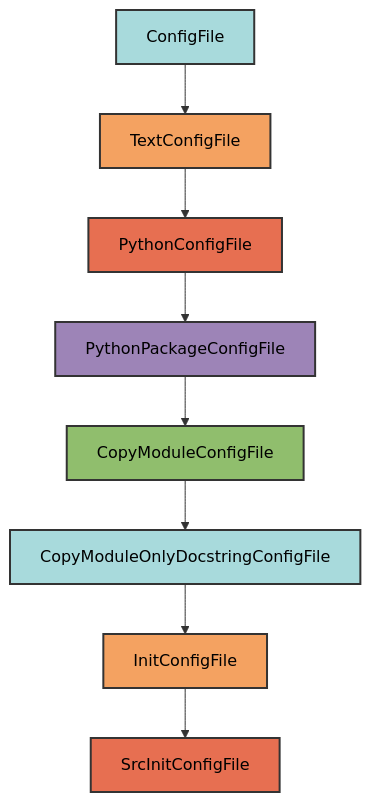
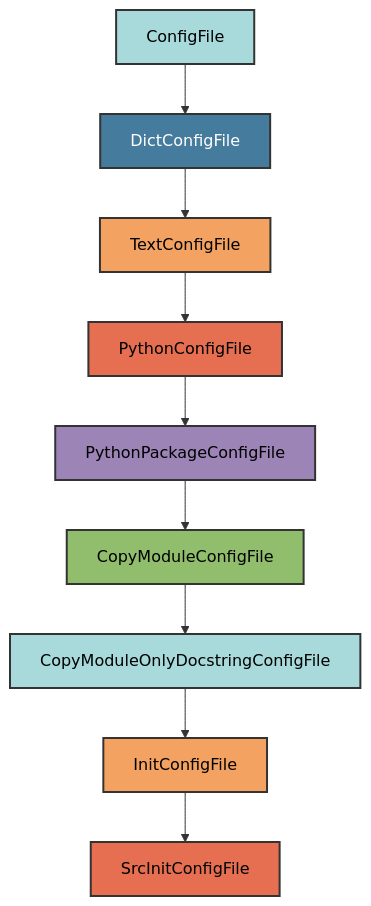
One commit to Winipedia/pyrig changed the diagram in docs/configs/src_init.md. Above: the diagram before and after it, drawn with Mermaid. The commit also changed other lines of this file and 21 other files, not shown here.

````diff
--- a/docs/configs/src_init.md
+++ b/docs/configs/src_init.md
@@ -16,19 +16,21 @@
 ```mermaid
 graph TD
-    A[ConfigFile] --> B[TextConfigFile]
-    B --> C[PythonConfigFile]
-    C --> D[PythonPackageConfigFile]
-    D --> E[CopyModuleConfigFile]
-    E --> F[CopyModuleOnlyDocstringConfigFile]
-    F --> G[InitConfigFile]
-    G --> H[SrcInitConfigFile]
+    A[ConfigFile] --> B[DictConfigFile]
+    B --> C[TextConfigFile]
+    C --> D[PythonConfigFile]
+    D --> E[PythonPackageConfigFile]
+    E --> F[CopyModuleConfigFile]
+    F --> G[CopyModuleOnlyDocstringConfigFile]
+    G --> H[InitConfigFile]
+    H --> I[SrcInitConfigFile]
 
     style A fill:#a8dadc,stroke:#333,stroke-width:2px,color:#000
-    style B fill:#f4a261,stroke:#333,stroke-width:2px,color:#000
-    style C fill:#e76f51,stroke:#333,stroke-width:2px,color:#000
-    style D fill:#9d84b7,stroke:#333,stroke-width:2px,color:#000
-    style E fill:#90be6d,stroke:#333,stroke-width:2px,color:#000
-    style F fill:#a8dadc,stroke:#333,stroke-width:2px,color:#000
-    style G fill:#f4a261,stroke:#333,stroke-width:2px,color:#000
-    style H fill:#e76f51,stroke:#333,stroke-width:2px,color:#000
+    style B fill:#457b9d,stroke:#333,stroke-width:2px,color:#fff
+    style C fill:#f4a261,stroke:#333,stroke-width:2px,color:#000
+    style D fill:#e76f51,stroke:#333,stroke-width:2px,color:#000
+    style E fill:#9d84b7,stroke:#333,stroke-width:2px,color:#000
+    style F fill:#90be6d,stroke:#333,stroke-width:2px,color:#000
+    style G fill:#a8dadc,stroke:#333,stroke-width:2px,color:#000
+    style H fill:#f4a261,stroke:#333,stroke-width:2px,color:#000
+    style I fill:#e76f51,stroke:#333,stroke-width:2px,color:#000
 ```
````
